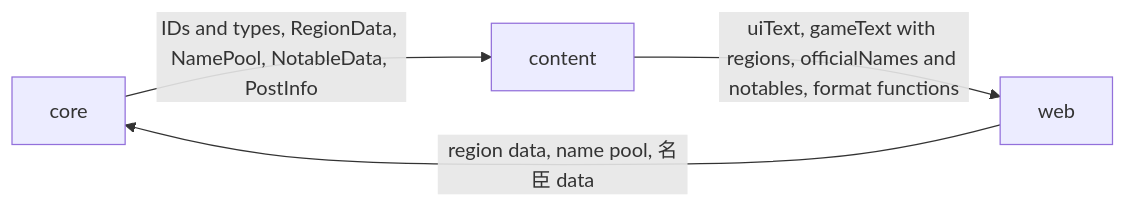
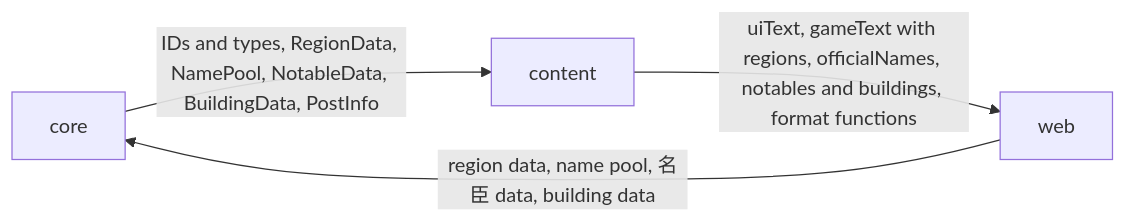
One commit to dcheng1248/agent-harness-test changed the diagram in packages/content/ARCHITECTURE.md. Above: the diagram before and after it, drawn with Mermaid. The commit also changed other lines of this file and 9 other files, not shown here.

````diff
--- a/packages/content/ARCHITECTURE.md
+++ b/packages/content/ARCHITECTURE.md
@@ -9,6 +9,6 @@
 ```mermaid
 flowchart LR
-  core -->|IDs and types, RegionData, NamePool, NotableData, PostInfo| content
-  content -->|uiText, gameText with regions, officialNames and notables, format functions| web
-  web -->|region data, name pool, 名臣 data| core
+  core -->|IDs and types, RegionData, NamePool, NotableData, BuildingData, PostInfo| content
+  content -->|uiText, gameText with regions, officialNames, notables and buildings, format functions| web
+  web -->|region data, name pool, 名臣 data, building data| core
 ```
````
